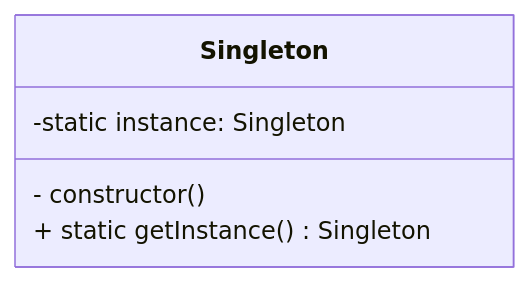
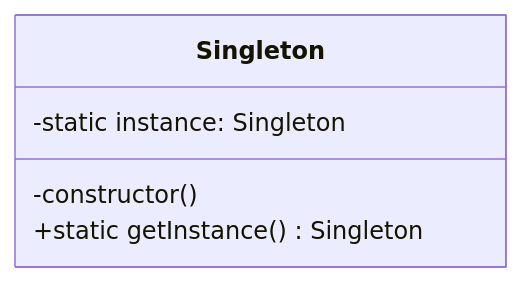
The first of 23 diagrams in docs/education/03-design-patterns/05-gof.mdx (EliFuzz/tech-labs), drawn with Mermaid before and after one commit. The commit also changed other lines of this file and 2 other files, not shown here.

````diff
--- a/docs/education/03-design-patterns/05-gof.mdx
+++ b/docs/education/03-design-patterns/05-gof.mdx
@@ -34,8 +34,8 @@
           ```mermaid
           classDiagram
           class Singleton {
           -static instance: Singleton
-          - constructor()
-          + static getInstance() Singleton
+          -constructor()
+          +static getInstance() Singleton
         }
           ```
````
